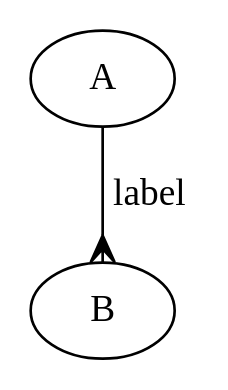
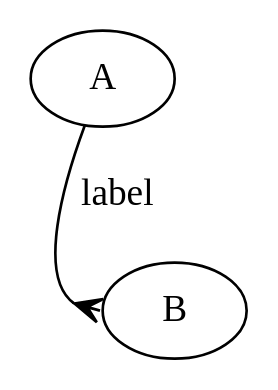
The fourth of 9 diagrams in commands/diagram/graphviz/dot_lang.md (ymgyt/techbook), drawn with Graphviz before and after one commit. The commit also changed other lines of this file, not shown here.

````diff
--- a/commands/diagram/graphviz/dot_lang.md
+++ b/commands/diagram/graphviz/dot_lang.md
@@ -85,9 +89,12 @@
 ```dot
 digraph {
     A   ->  B [
       label="label"
       lhead=cluster_b_group
       arrowhead=crow
+      style="solid"
+      dir="forward"
+      headport="w"
     ];
 }
 ```
````
